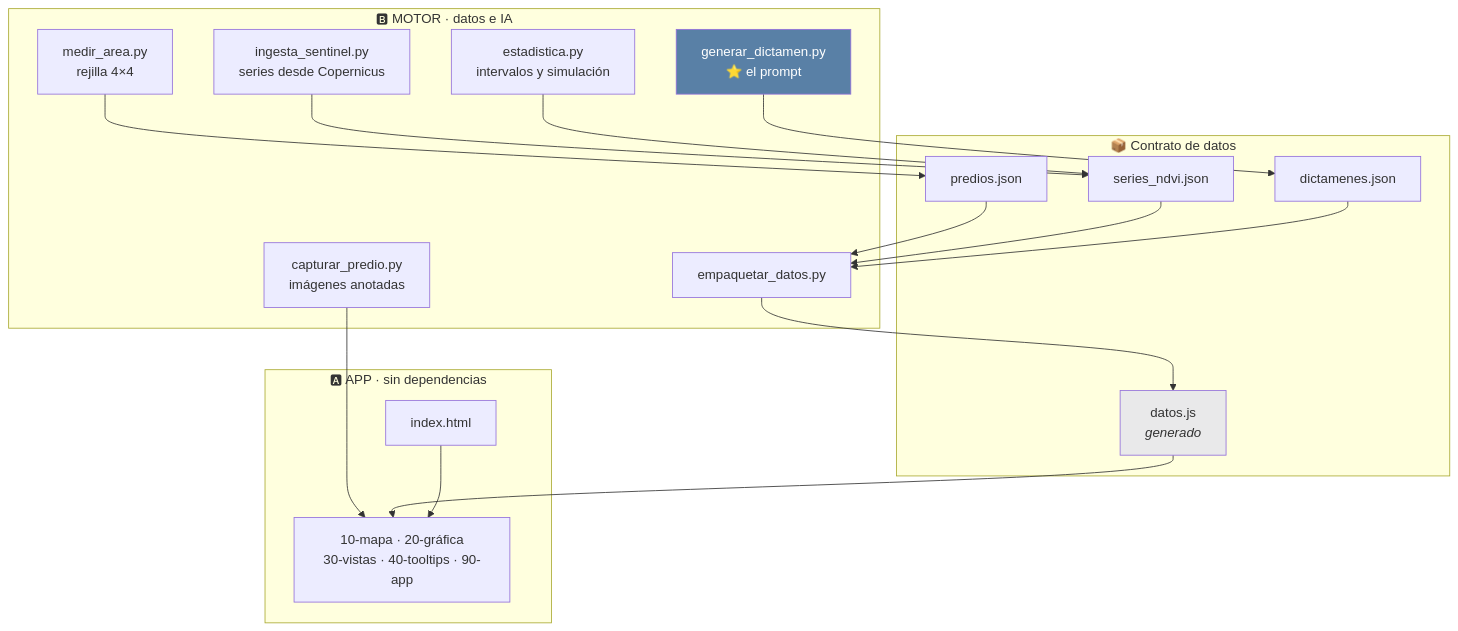
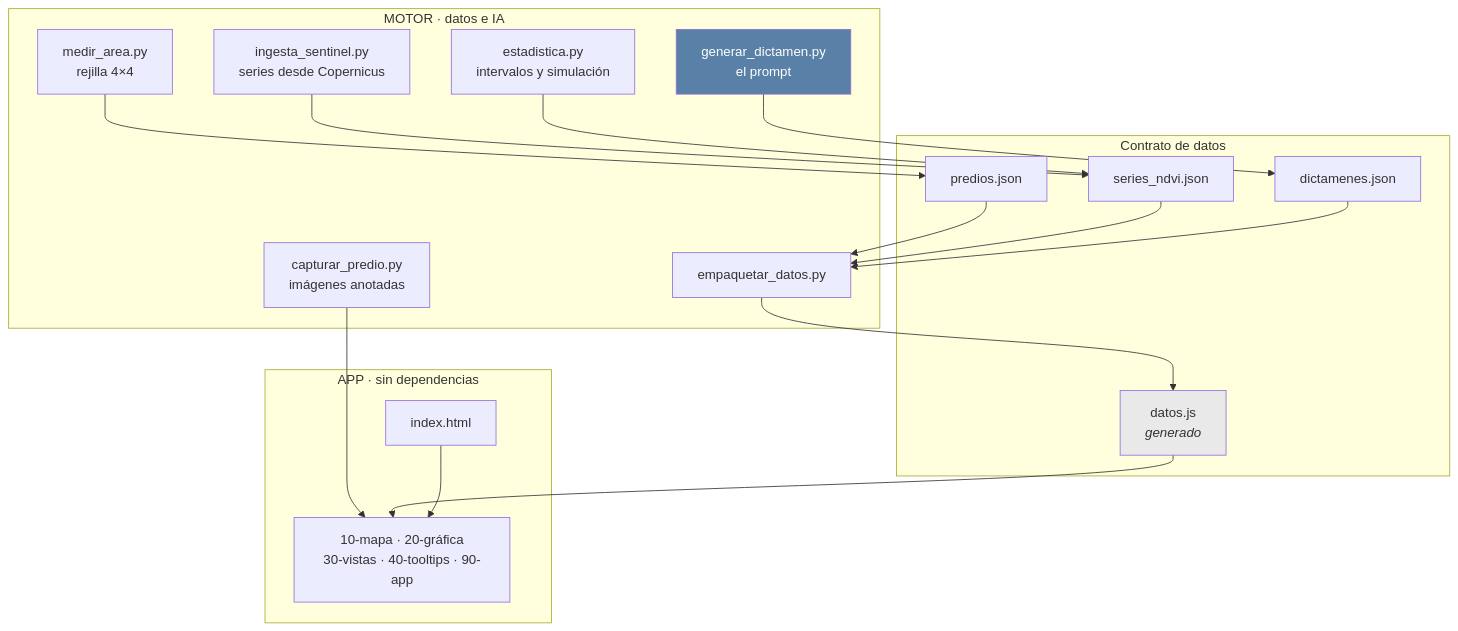
The third of 3 diagrams in README.md (laurodriguez2016-cmd/seedllite-ctw2026), drawn with Mermaid before and after one commit. The commit also changed other lines of this file, not shown here.

````diff
--- a/README.md
+++ b/README.md
@@ -246,32 +295,32 @@
 ```mermaid
 flowchart TD
-    subgraph MOTOR["🅱 MOTOR · datos e IA"]
+    subgraph MOTOR["MOTOR · datos e IA"]
         S1["ingesta_sentinel.py<br/>series desde Copernicus"]
         S2["medir_area.py<br/>rejilla 4×4"]
         S3["estadistica.py<br/>intervalos y simulación"]
-        S4["generar_dictamen.py<br/>⭐ el prompt"]
+        S4["generar_dictamen.py<br/>el prompt"]
         S5["capturar_predio.py<br/>imágenes anotadas"]
         S6["empaquetar_datos.py"]
     end
-    subgraph DATOS["📦 Contrato de datos"]
+    subgraph DATOS["Contrato de datos"]
         D1["predios.json"]
         D2["series_ndvi.json"]
         D3["dictamenes.json"]
         D4["datos.js<br/><i>generado</i>"]
     end
-    subgraph APP["🅰 APP · sin dependencias"]
+    subgraph APP["APP · sin dependencias"]
         A1["index.html"]
         A2["10-mapa · 20-gráfica<br/>30-vistas · 40-tooltips · 90-app"]
     end
 
     S1 --> D2
     S2 --> D1
     S3 --> D2
     S4 --> D3
     S5 --> A2
     D1 & D2 & D3 --> S6 --> D4 --> A2
     A1 --> A2
 
     style S4 fill:#5980a6,color:#fff
     style D4 fill:#e9e9ea
 ```
````
